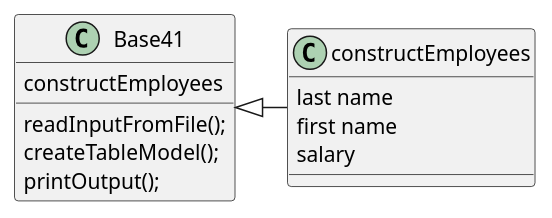
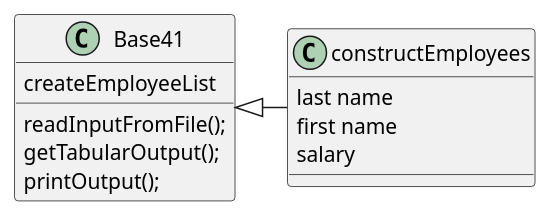
Before and after one commit to joshfeds/Federman-cop3330-assignment3: the diagram in src/main/java/ex42/base/EX42.puml, drawn with PlantUML. The commit also changed 25 other files, not shown here.

```diff
--- a/src/main/java/ex42/base/EX42.puml
+++ b/src/main/java/ex42/base/EX42.puml
@@ -1,19 +1,19 @@
 @startuml
 'https://plantuml.com/class-diagram
 
 class Base41{
 readInputFromFile();
-createTableModel();
+getTabularOutput();
 printOutput();
-constructEmployees
+createEmployeeList
 }
 class constructEmployees{
 last name
 first name
 salary
 }
 
 Base41<|- constructEmployees
 
 
 @enduml
```
